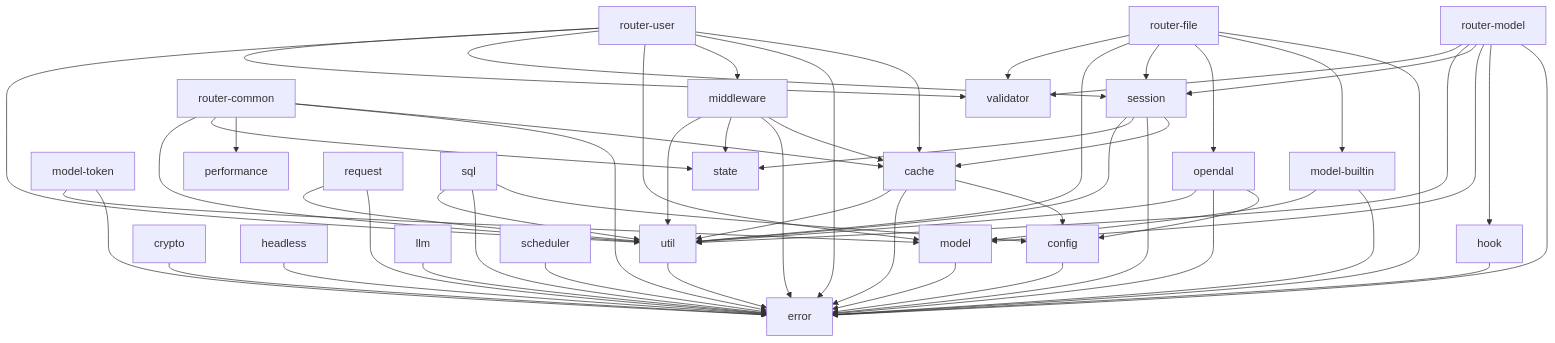
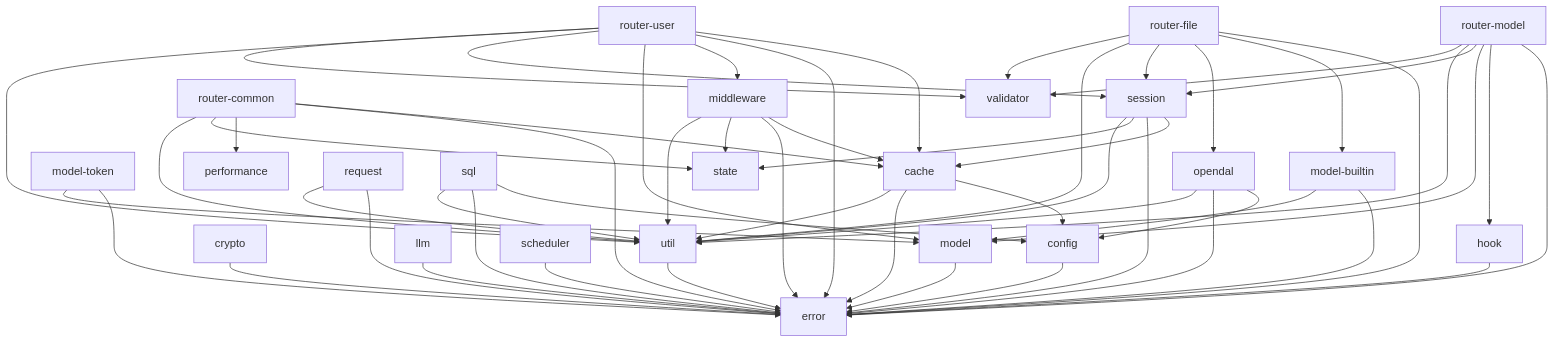
Before and after one commit to vicanso/tibba: the diagram in docs/modules.md, drawn with Mermaid. The commit also changed 28 other files, not shown here.

````diff
--- a/docs/modules.md
+++ b/docs/modules.md
@@ -3,77 +3,75 @@
 ```mermaid
 graph TD
     config --> error
 
     crypto --> error
-
-    headless --> error
 
     hook --> error
 
     llm --> error
 
     model --> error
 
     scheduler --> error
 
     util --> error
 
     model-builtin --> error
     model-builtin --> model
 
     model-token --> error
     model-token --> model
 
     cache --> config
     cache --> error
     cache --> util
 
     opendal --> config
     opendal --> error
     opendal --> util
 
     request --> error
     request --> util
 
     sql --> config
     sql --> error
     sql --> util
 
     middleware --> cache
     middleware --> error
     middleware --> state
     middleware --> util
 
     router-common --> cache
     router-common --> error
     router-common --> performance
     router-common --> state
     router-common --> util
 
     session --> cache
     session --> error
     session --> state
     session --> util
 
     router-file --> error
     router-file --> model-builtin
     router-file --> opendal
     router-file --> session
     router-file --> util
     router-file --> validator
 
     router-model --> error
     router-model --> hook
     router-model --> model
     router-model --> session
     router-model --> util
     router-model --> validator
 
     router-user --> cache
     router-user --> error
     router-user --> middleware
     router-user --> model
     router-user --> session
     router-user --> util
     router-user --> validator
 ```
````
